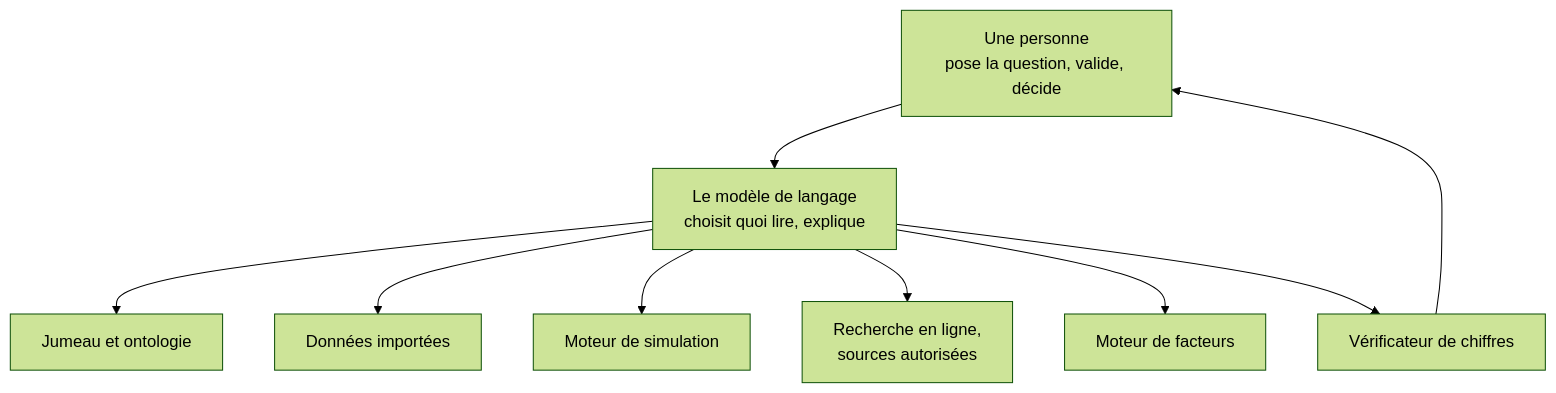
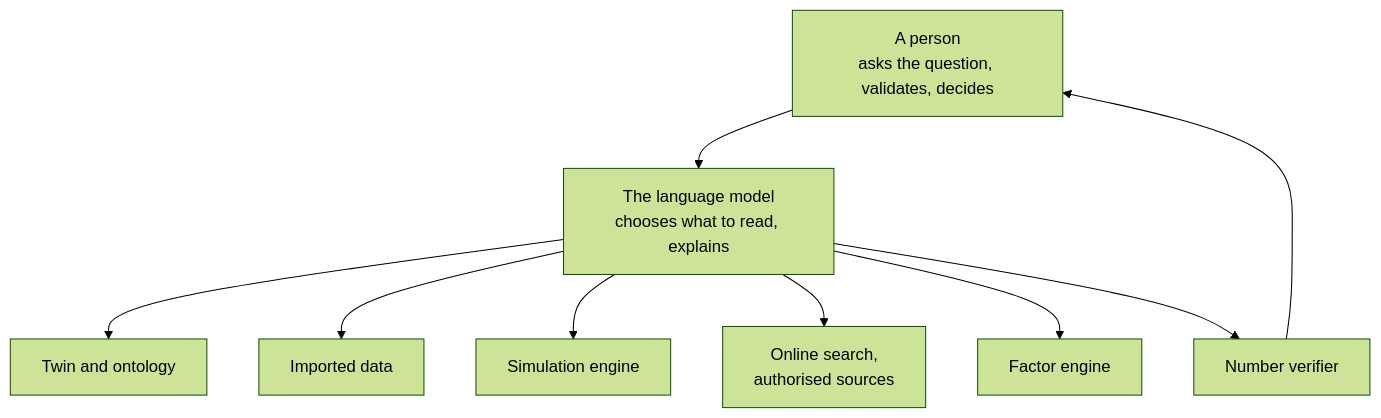
One commit to V1ktor7/obscyro changed the second of 2 diagrams in frontend/content/docs/product/decision-loop.md. Above: the diagram before and after it, drawn with Mermaid (forest theme). The commit also changed other lines of this file and 15 other files, not shown here.

````diff
--- a/frontend/content/docs/product/decision-loop.md
+++ b/frontend/content/docs/product/decision-loop.md
@@ -27,11 +28,11 @@
 ```mermaid
 flowchart TD
-    P["Une personne<br/>pose la question, valide, décide"] --> M["Le modèle de langage<br/>choisit quoi lire, explique"]
-    M --> T1["Jumeau et ontologie"]
-    M --> T2["Données importées"]
-    M --> T3["Moteur de simulation"]
-    M --> T4["Recherche en ligne,<br/>sources autorisées"]
-    M --> T5["Moteur de facteurs"]
-    M --> T6["Vérificateur de chiffres"]
+    P["A person<br/>asks the question, validates, decides"] --> M["The language model<br/>chooses what to read, explains"]
+    M --> T1["Twin and ontology"]
+    M --> T2["Imported data"]
+    M --> T3["Simulation engine"]
+    M --> T4["Online search,<br/>authorised sources"]
+    M --> T5["Factor engine"]
+    M --> T6["Number verifier"]
     T6 --> P
 ```
````
